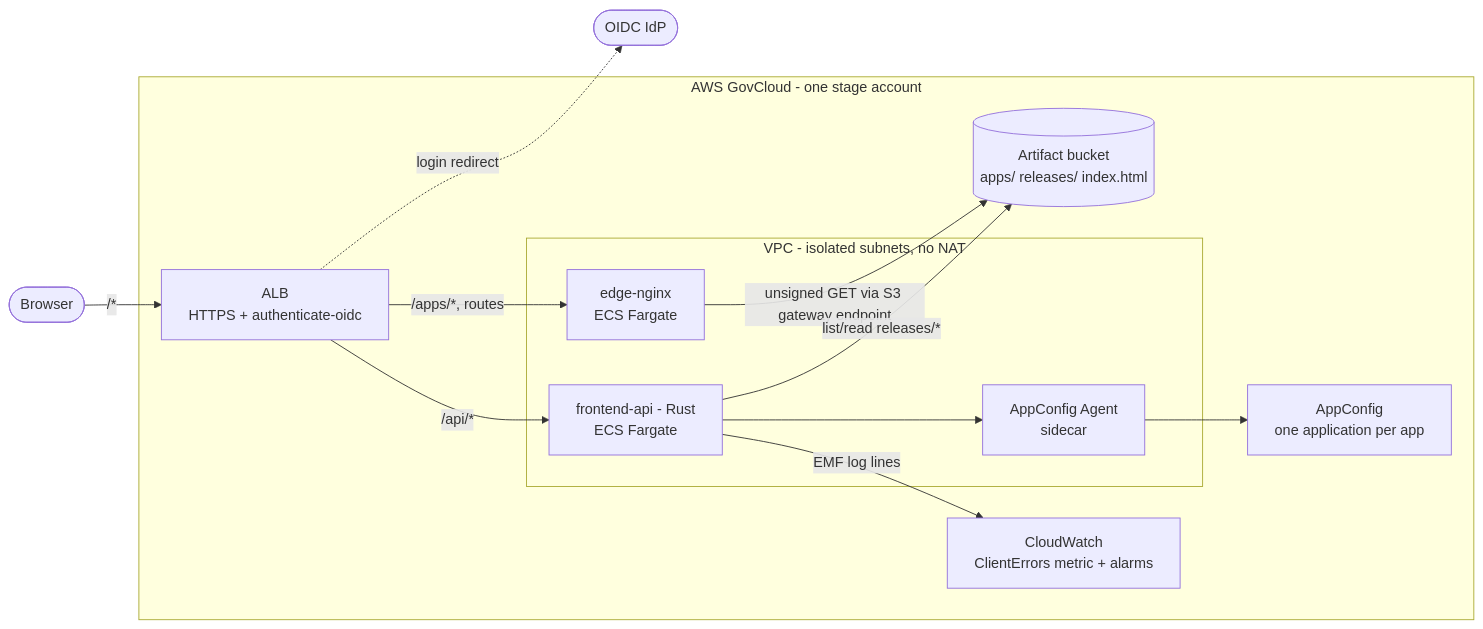
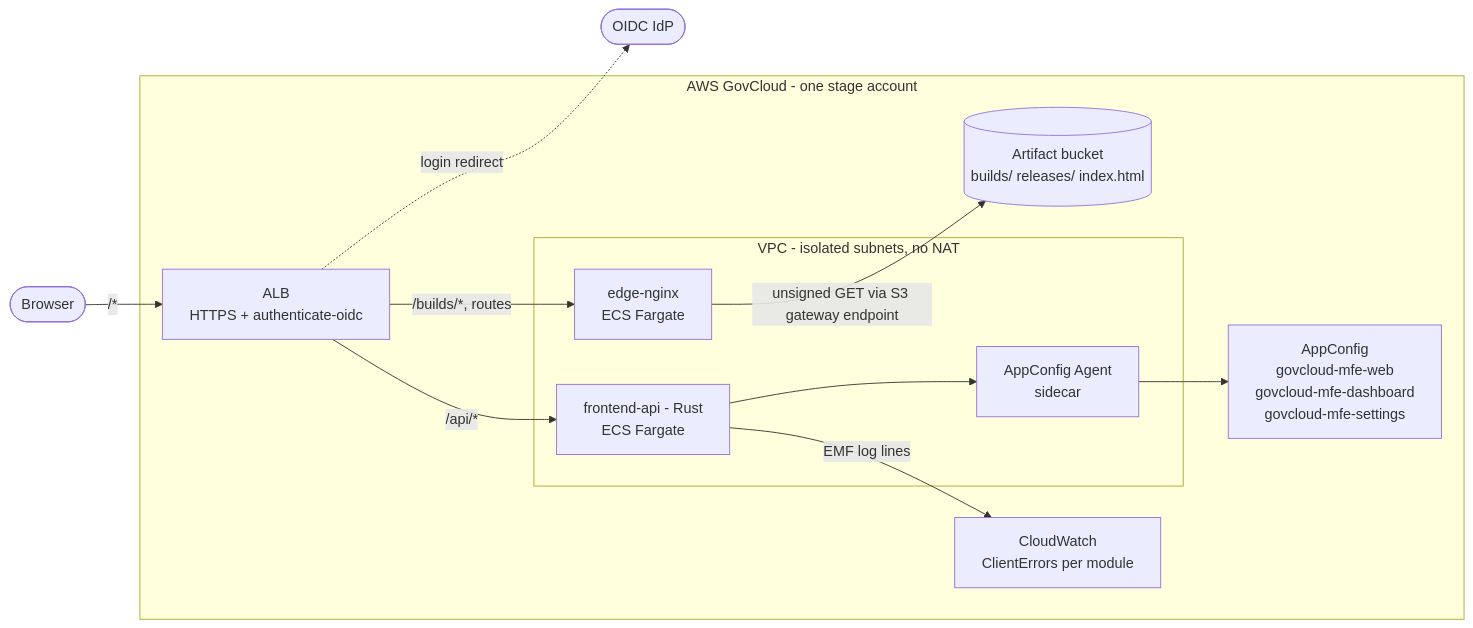
Before and after one commit to eric-minassian/govcloud-mfe: the first of 2 diagrams in docs/architecture.md, drawn with Mermaid. The commit also changed other lines of this file and 213 other files, not shown here.

````diff
--- a/docs/architecture.md
+++ b/docs/architecture.md
@@ -16,25 +53,24 @@
 ```mermaid
 flowchart LR
   user([Browser])
   subgraph aws [AWS GovCloud - one stage account]
     alb[ALB<br/>HTTPS + authenticate-oidc]
     subgraph vpc [VPC - isolated subnets, no NAT]
       nginx[edge-nginx<br/>ECS Fargate]
       api[frontend-api - Rust<br/>ECS Fargate]
       agent[AppConfig Agent<br/>sidecar]
     end
-    s3[(Artifact bucket<br/>apps/ releases/ index.html)]
-    appconfig[AppConfig<br/>one application per app]
-    cw[CloudWatch<br/>ClientErrors metric + alarms]
+    s3[(Artifact bucket<br/>builds/ releases/ index.html)]
+    appconfig[AppConfig<br/>govcloud-mfe-web<br/>govcloud-mfe-dashboard<br/>govcloud-mfe-settings]
+    cw[CloudWatch<br/>ClientErrors per module]
   end
   idp([OIDC IdP])
 
   user -- "/*" --> alb
   alb -. login redirect .-> idp
-  alb -- "/apps/*, routes" --> nginx
+  alb -- "/builds/*, routes" --> nginx
   alb -- "/api/*" --> api
   nginx -- "unsigned GET via S3 gateway endpoint" --> s3
-  api -- "list/read releases/*" --> s3
   api --> agent --> appconfig
   api -- "EMF log lines" --> cw
 ```
````
